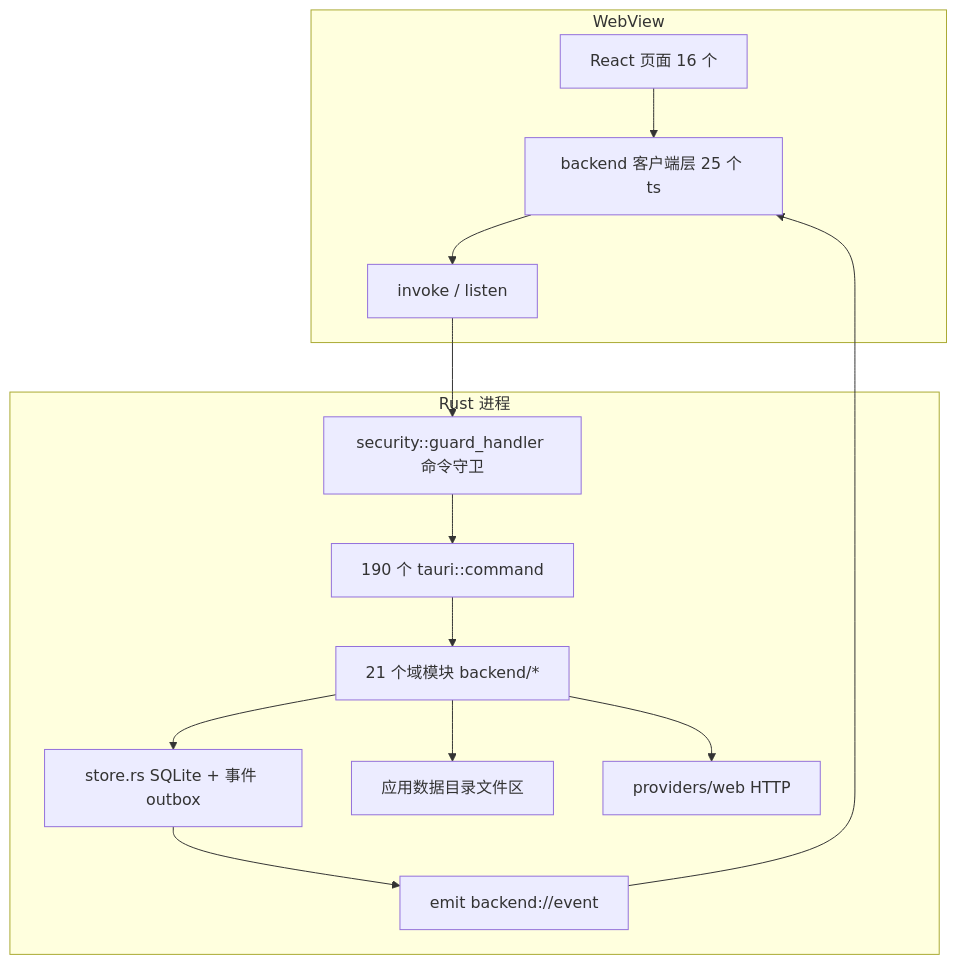
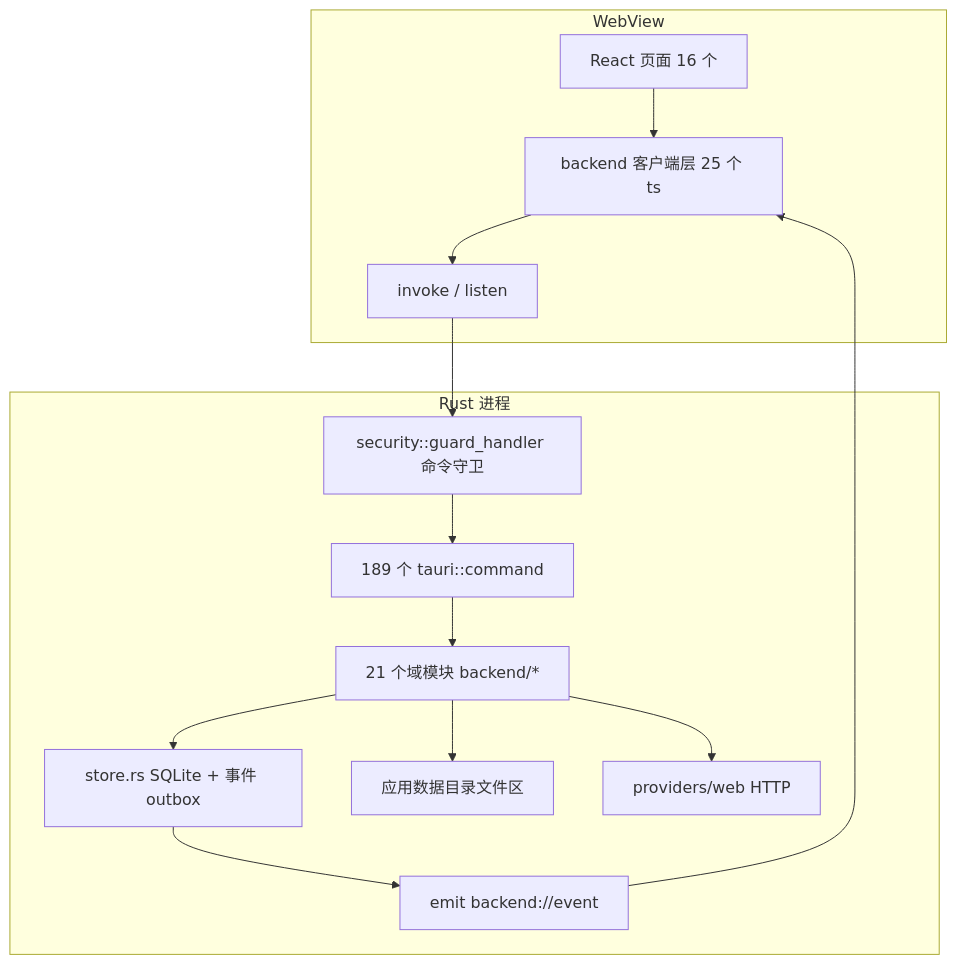
One commit to hershate/Deep-tutor changed the first of 5 diagrams in docs/architecture/01-architecture.md. Above: the diagram before and after it, drawn with Mermaid. The commit also changed other lines of this file and 4 other files, not shown here.

First line of the commit message:
docs: 105 号问题集——决策文档与 docs/architecture 数字及事实陈述对齐

````diff
--- a/docs/architecture/01-architecture.md
+++ b/docs/architecture/01-architecture.md
@@ -9,17 +9,17 @@
 ```mermaid
 graph TD
     subgraph WebView
         P[React 页面 16 个] --> CL[backend 客户端层 25 个 ts]
         CL --> IP[invoke / listen]
     end
     subgraph Rust 进程
         IP --> GH[security::guard_handler 命令守卫]
-        GH --> CMD[190 个 tauri::command]
+        GH --> CMD[189 个 tauri::command]
         CMD --> DOM[21 个域模块 backend/*]
         DOM --> ST[store.rs SQLite + 事件 outbox]
         DOM --> FS[应用数据目录文件区]
         DOM --> NET[providers/web HTTP]
         ST --> EMIT[emit backend://event]
     end
     EMIT --> CL
 ```
````
